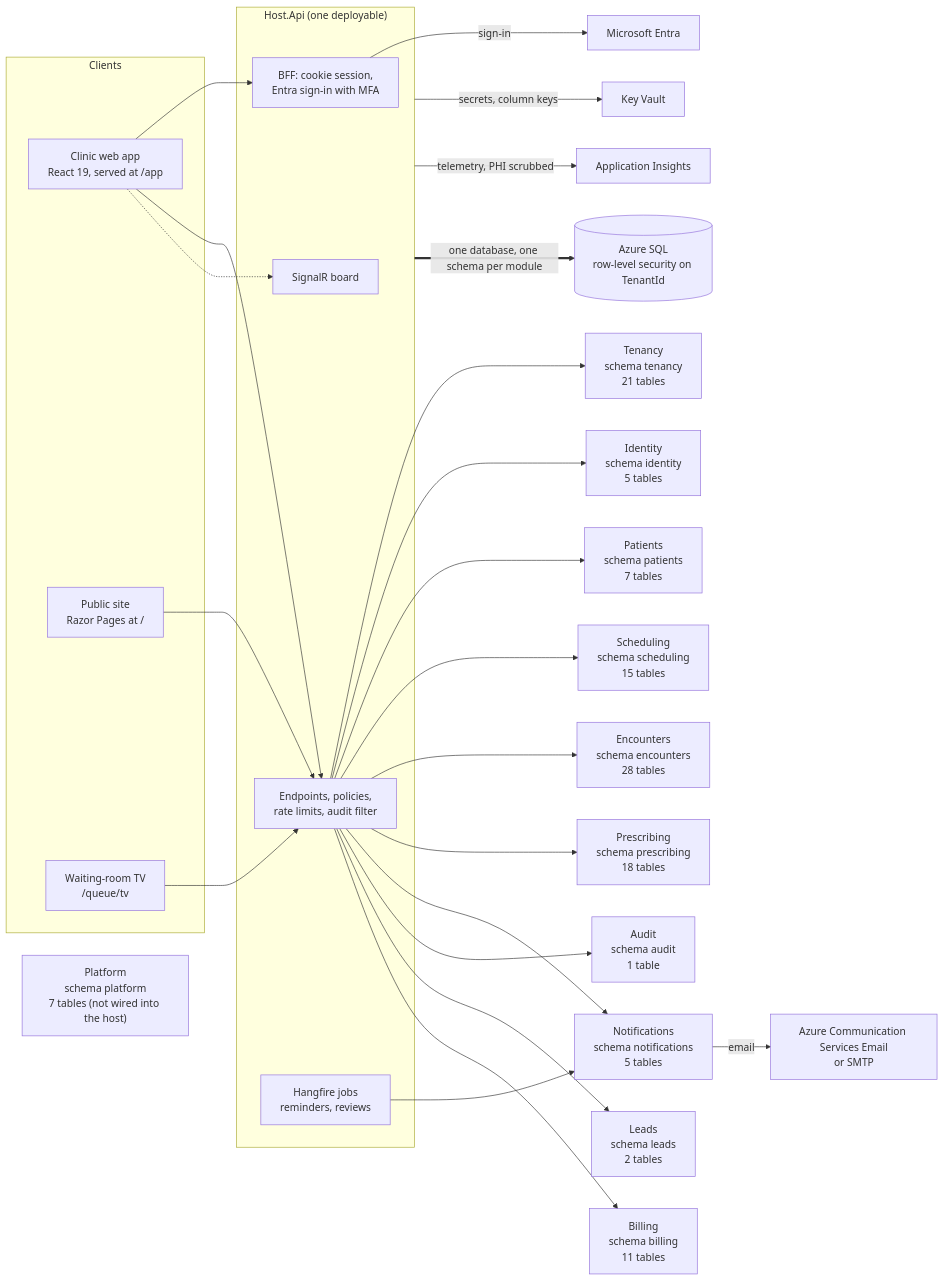
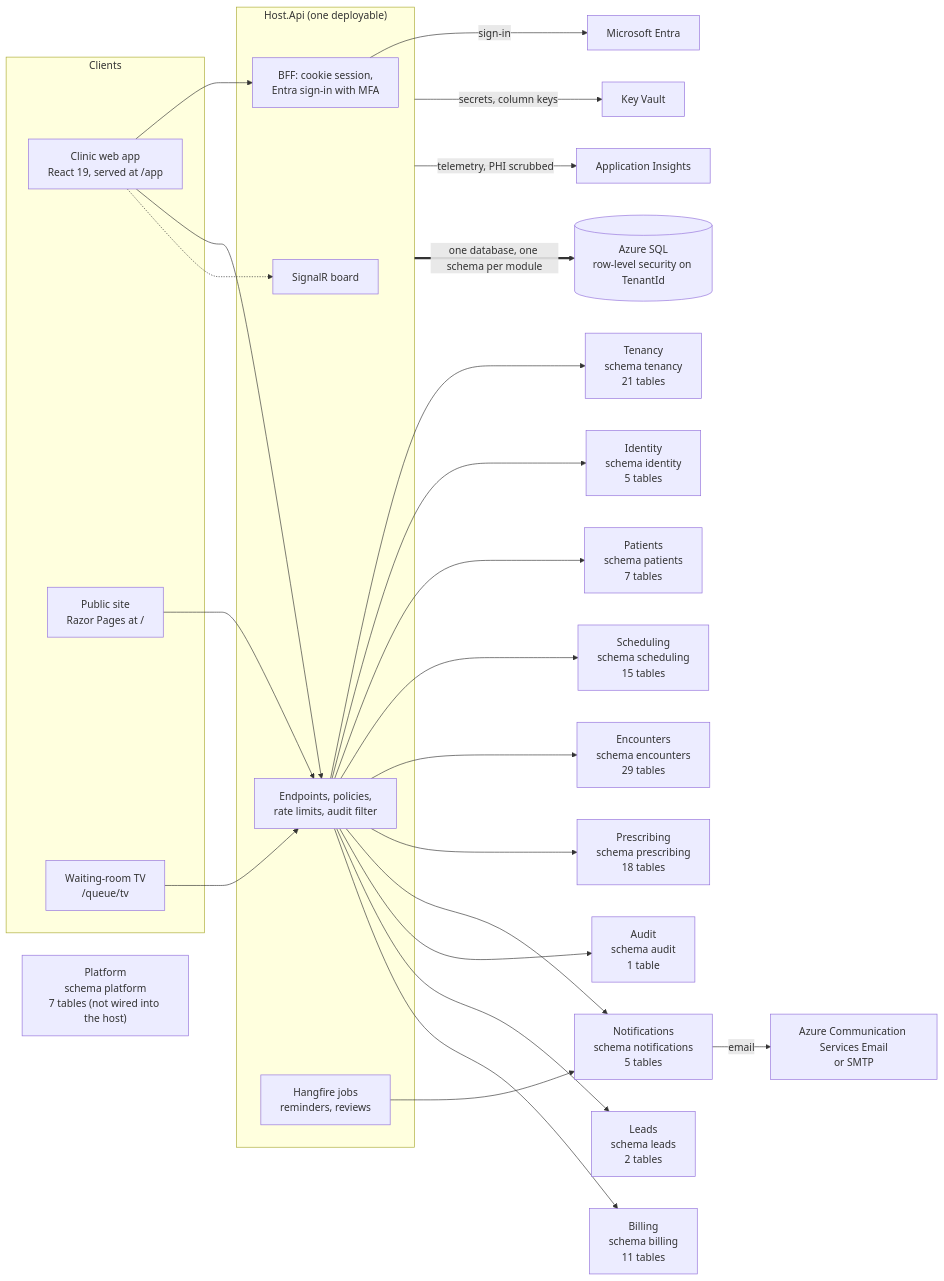
One commit to ALFRED-LUCIFER/medvya changed the first of 14 diagrams in docs/03-architecture/erd.md. Above: the diagram before and after it, drawn with Mermaid. The commit also changed other lines of this file and 27 other files, not shown here.

````diff
--- a/docs/03-architecture/erd.md
+++ b/docs/03-architecture/erd.md
@@ -15,36 +15,36 @@
 ```mermaid
 flowchart LR
   subgraph Clients
     web["Clinic web app<br/>React 19, served at /app"]
     site["Public site<br/>Razor Pages at /"]
     tv["Waiting-room TV<br/>/queue/tv"]
   end
   subgraph Host["Host.Api (one deployable)"]
     bff["BFF: cookie session,<br/>Entra sign-in with MFA"]
     api["Endpoints, policies,<br/>rate limits, audit filter"]
     hub["SignalR board"]
     jobs["Hangfire jobs<br/>reminders, reviews"]
   end
   web --> bff
   web --> api
   web -.-> hub
   tv --> api
   site --> api
   api --> Tenancy["Tenancy<br/>schema tenancy<br/>21 tables"]
   api --> Identity["Identity<br/>schema identity<br/>5 tables"]
   api --> Patients["Patients<br/>schema patients<br/>7 tables"]
   api --> Scheduling["Scheduling<br/>schema scheduling<br/>15 tables"]
-  api --> Encounters["Encounters<br/>schema encounters<br/>28 tables"]
+  api --> Encounters["Encounters<br/>schema encounters<br/>29 tables"]
   api --> Prescribing["Prescribing<br/>schema prescribing<br/>18 tables"]
   api --> Notifications["Notifications<br/>schema notifications<br/>5 tables"]
   api --> Audit["Audit<br/>schema audit<br/>1 table"]
   api --> Leads["Leads<br/>schema leads<br/>2 tables"]
   api --> Billing["Billing<br/>schema billing<br/>11 tables"]
   Platform["Platform<br/>schema platform<br/>7 tables (not wired into the host)"]
   jobs --> Notifications
   bff -->|"sign-in"| entra["Microsoft Entra"]
   Notifications -->|"email"| mail["Azure Communication Services Email<br/>or SMTP"]
   Host -->|"secrets, column keys"| kv["Key Vault"]
   Host -->|"telemetry, PHI scrubbed"| ai["Application Insights"]
   Host ==>|"one database, one schema per module"| sql[("Azure SQL<br/>row-level security on TenantId")]
 ```
````
